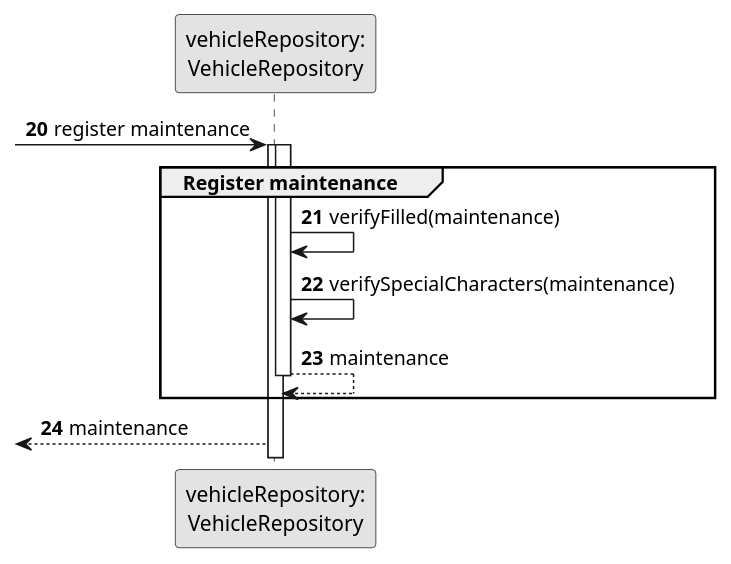
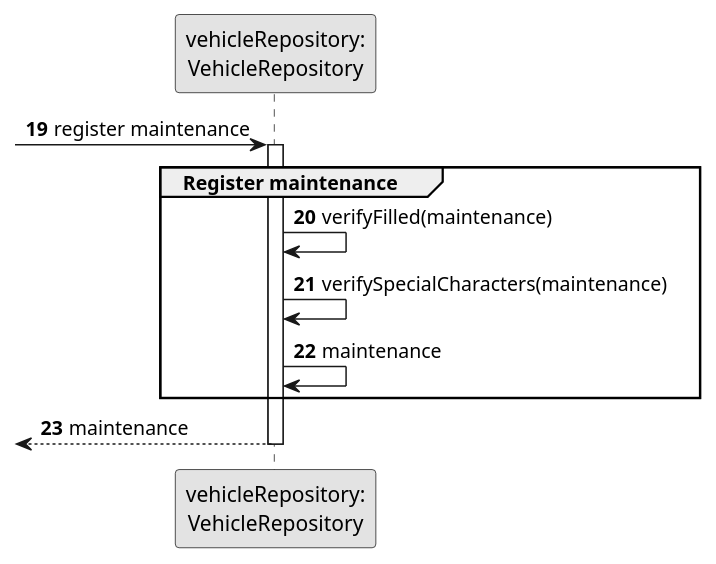
One commit to RicardoMorim/lapr2-ISEP-Project changed the diagram in docs/sprintB/us007/03.design/puml/us007-sequence-diagram-partial-create-maintenance.puml. Above: the diagram before and after it, drawn with PlantUML. The commit also changed 9 other files, not shown here.

```diff
--- a/docs/sprintB/us007/03.design/puml/us007-sequence-diagram-partial-create-maintenance.puml
+++ b/docs/sprintB/us007/03.design/puml/us007-sequence-diagram-partial-create-maintenance.puml
@@ -1,24 +1,24 @@
 @startuml
 skinparam monochrome true
 skinparam packageStyle rectangle
 skinparam shadowing false
 
-autonumber 20
+autonumber 19
 
 participant "vehicleRepository:\nVehicleRepository" as VehicleRepository
 
 -> VehicleRepository :  register maintenance
                group Register maintenance
-            activate VehicleRepository
+
 
 
             activate VehicleRepository
 
                 VehicleRepository -> VehicleRepository : verifyFilled(maintenance)
                 VehicleRepository -> VehicleRepository : verifySpecialCharacters(maintenance)
-                    VehicleRepository --> VehicleRepository : maintenance
-               deactivate
+                    VehicleRepository -> VehicleRepository : maintenance
                end
+
                 <-- VehicleRepository : maintenance
-
+            deactivate
 @enduml
```
